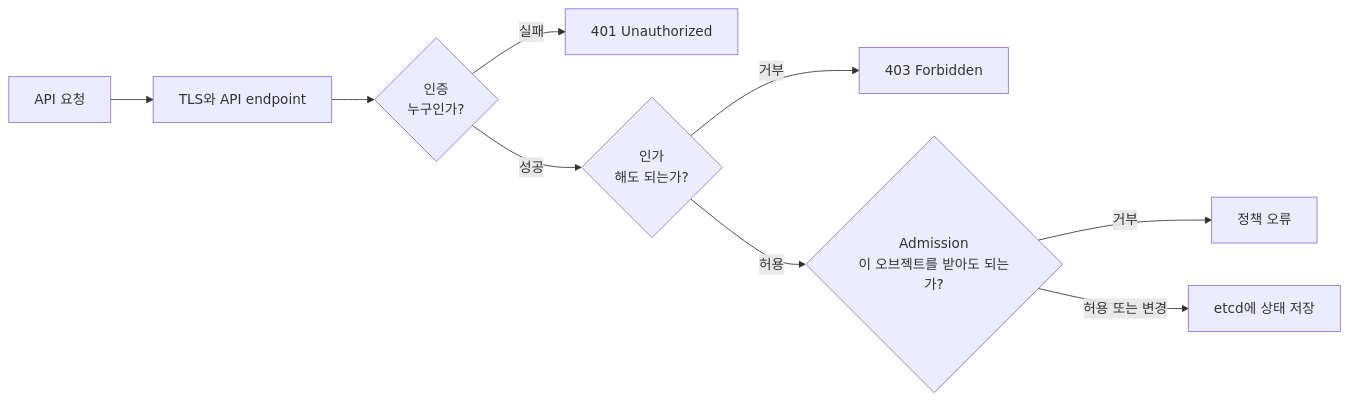
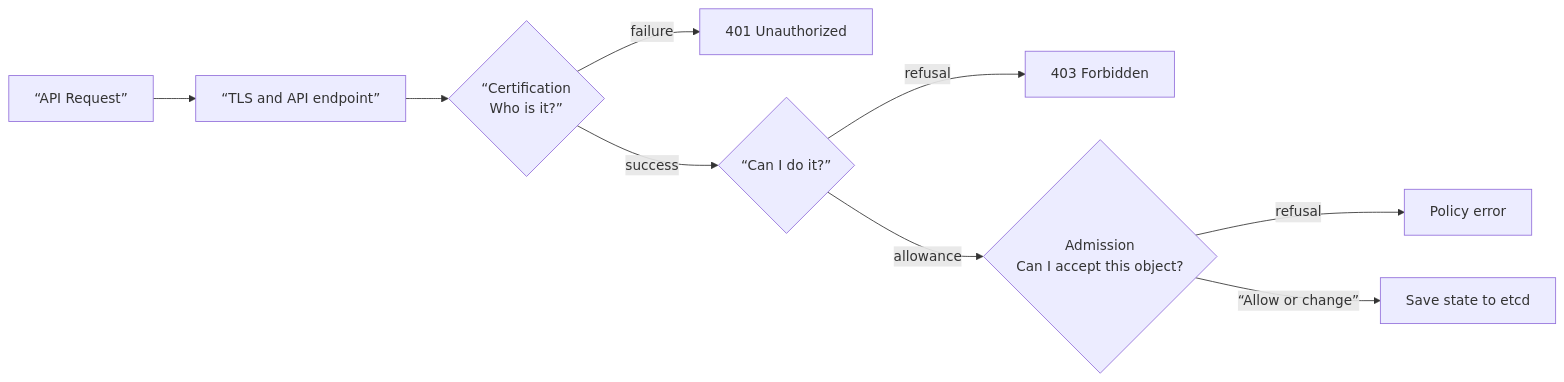
The first of 2 diagrams in docs-site/content/kubernetes/08-security-and-policy.md (nohdol97/nohdol-study), drawn with Mermaid before and after one commit. The commit also changed other lines of this file and 116 other files, not shown here.

````diff
--- a/docs-site/content/kubernetes/08-security-and-policy.md
+++ b/docs-site/content/kubernetes/08-security-and-policy.md
@@ -7,11 +7,11 @@
 ```mermaid
 flowchart LR
-    R["API 요청"] --> T["TLS와 API endpoint"]
-    T --> A{"인증<br/>누구인가?"}
-    A -->|"실패"| X["401 Unauthorized"]
-    A -->|"성공"| Z{"인가<br/>해도 되는가?"}
-    Z -->|"거부"| F["403 Forbidden"]
-    Z -->|"허용"| M{"Admission<br/>이 오브젝트를 받아도 되는가?"}
-    M -->|"거부"| D["정책 오류"]
-    M -->|"허용 또는 변경"| E["etcd에 상태 저장"]
+    R[“API Request”] --> T[“TLS and API endpoint”]
+    T --> A{“Certification<br/>Who is it?”}
+    A -->|"failure"| X["401 Unauthorized"]
+    A -->|"success"| Z{“Can I do it?”}
+    Z -->|"refusal"| F["403 Forbidden"]
+    Z -->|"allowance"| M{"Admission<br/>Can I accept this object?"}
+    M -->|"refusal"| D["Policy error"]
+    M -->|“Allow or change”| E["Save state to etcd"]
 ```
````
